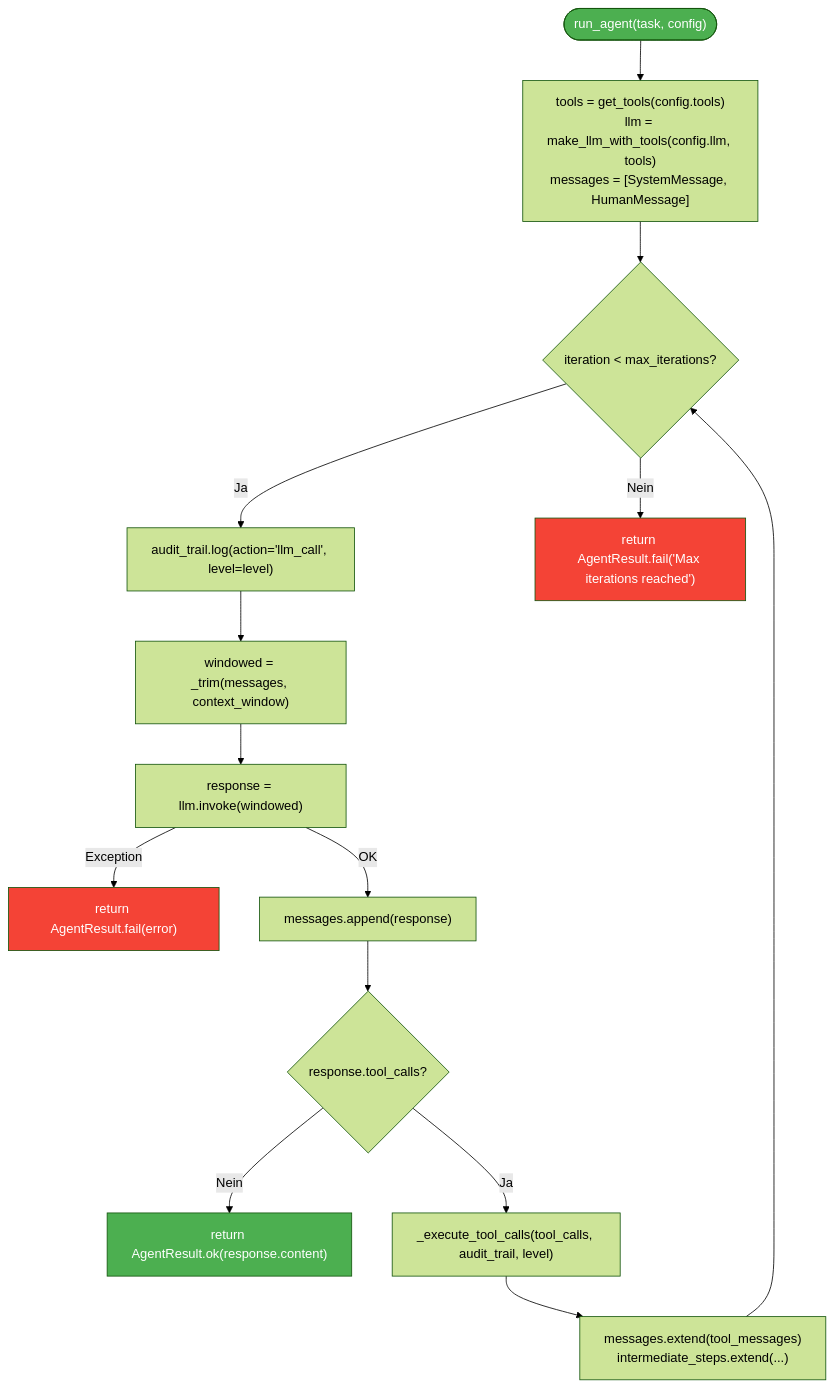
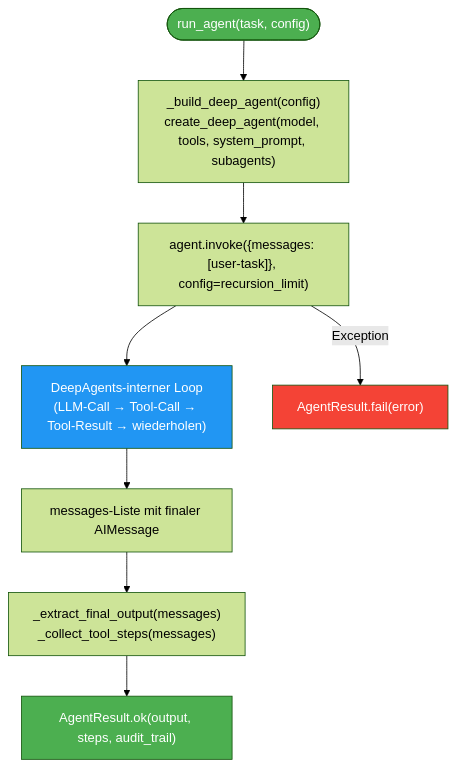
Before and after one commit to schraenko/agent-smith: the second of 8 diagrams in docs/architektur.md, drawn with Mermaid (forest theme). The commit also changed other lines of this file and 26 other files, not shown here.

First line of the commit message:
DeepAgents-Migration + Doku-Update + misc-Ignore

````diff
--- a/docs/architektur.md
+++ b/docs/architektur.md
@@ -687,26 +768,15 @@
 ```mermaid
 flowchart TD
-    START(["run_agent(task, config)"]) --> INIT["tools = get_tools(config.tools)<br/>llm = make_llm_with_tools(config.llm, tools)<br/>messages = [SystemMessage, HumanMessage]"]
-    INIT --> LOOP{"iteration < max_iterations?"}
-
-    LOOP -- Ja --> AUDIT_LOG["audit_trail.log(action='llm_call', level=level)"]
-    AUDIT_LOG --> TRIM["windowed = _trim(messages, context_window)"]
-    TRIM --> INVOKE["response = llm.invoke(windowed)"]
-
-    INVOKE -- Exception --> FAIL["return AgentResult.fail(error)"]
-
-    INVOKE -- OK --> APPEND["messages.append(response)"]
-    APPEND --> HAS_TOOLS{"response.tool_calls?"}
-
-    HAS_TOOLS -- Nein --> DONE["return AgentResult.ok(response.content)"]
-    HAS_TOOLS -- Ja --> EXEC["_execute_tool_calls(tool_calls, audit_trail, level)"]
-    EXEC --> EXTEND["messages.extend(tool_messages)<br/>intermediate_steps.extend(...)"]
-    EXTEND --> LOOP
-
-    LOOP -- Nein --> MAX["return AgentResult.fail('Max iterations reached')"]
+    START(["run_agent(task, config)"]) --> BUILD["_build_deep_agent(config)<br/>create_deep_agent(model, tools, system_prompt, subagents)"]
+    BUILD --> INVOKE["agent.invoke({messages: [user-task]}, config=recursion_limit)"]
+    INVOKE --> DEEP["DeepAgents-interner Loop<br/>(LLM-Call → Tool-Call → Tool-Result → wiederholen)"]
+    DEEP --> RESULT["messages-Liste mit finaler AIMessage"]
+    RESULT --> EXTRACT["_extract_final_output(messages)<br/>_collect_tool_steps(messages)"]
+    EXTRACT --> DONE["AgentResult.ok(output, steps, audit_trail)"]
+    INVOKE -- Exception --> FAIL["AgentResult.fail(error)"]
 
     style START fill:#4CAF50,color:#fff
     style DONE fill:#4CAF50,color:#fff
     style FAIL fill:#f44336,color:#fff
-    style MAX fill:#f44336,color:#fff
+    style DEEP fill:#2196F3,color:#fff
 ```
````
